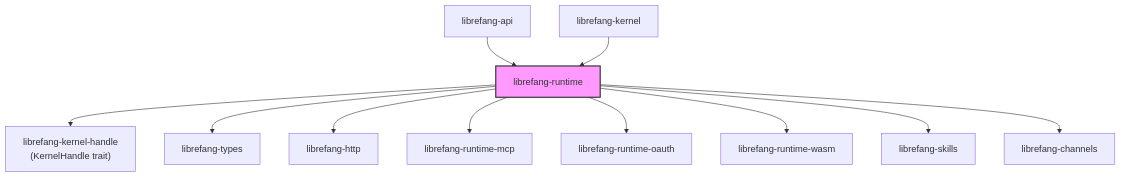
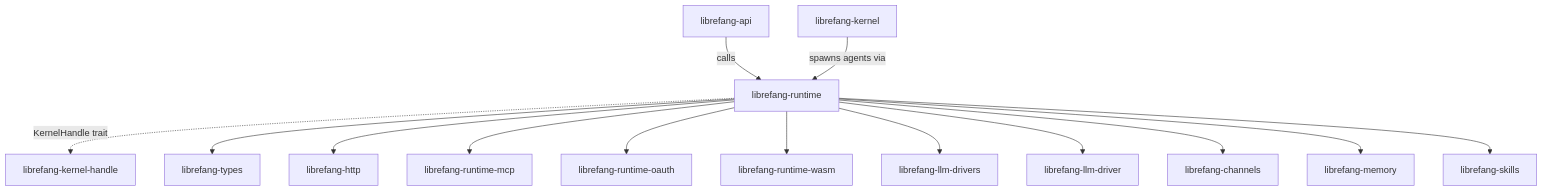
One commit to leszek3737/librefang-WIki changed the diagram in other-librefang-runtime.md. Above: the diagram before and after it, drawn with Mermaid. The commit also changed other lines of this file and 70 other files, not shown here.

````diff
--- a/other-librefang-runtime.md
+++ b/other-librefang-runtime.md
@@ -9,27 +9,16 @@
 ```mermaid
 graph TD
-    API["librefang-api"]
-    K["librefang-kernel"]
-    KH["librefang-kernel-handle<br/>(KernelHandle trait)"]
-    R["librefang-runtime"]
-    T["librefang-types"]
-    H["librefang-http"]
-    M["librefang-runtime-mcp"]
-    O["librefang-runtime-oauth"]
-    W["librefang-runtime-wasm"]
-    S["librefang-skills"]
-    C["librefang-channels"]
-
-    API --> R
-    K --> R
-    R --> KH
-    R --> T
-    R --> H
-    R --> M
-    R --> O
-    R --> W
-    R --> S
-    R --> C
-
-    style R fill:#f9f,stroke:#333,stroke-width:2px
+    API["librefang-api"] -->|calls| RT["librefang-runtime"]
+    K["librefang-kernel"] -->|spawns agents via| RT
+    RT -.->|KernelHandle trait| KKH["librefang-kernel-handle"]
+    RT --> TYPES["librefang-types"]
+    RT --> HTTP["librefang-http"]
+    RT --> MCP["librefang-runtime-mcp"]
+    RT --> OAUTH["librefang-runtime-oauth"]
+    RT --> WASM["librefang-runtime-wasm"]
+    RT --> LLM_D["librefang-llm-drivers"]
+    RT --> LLM["librefang-llm-driver"]
+    RT --> CH["librefang-channels"]
+    RT --> MEM["librefang-memory"]
+    RT --> SK["librefang-skills"]
 ```
````
